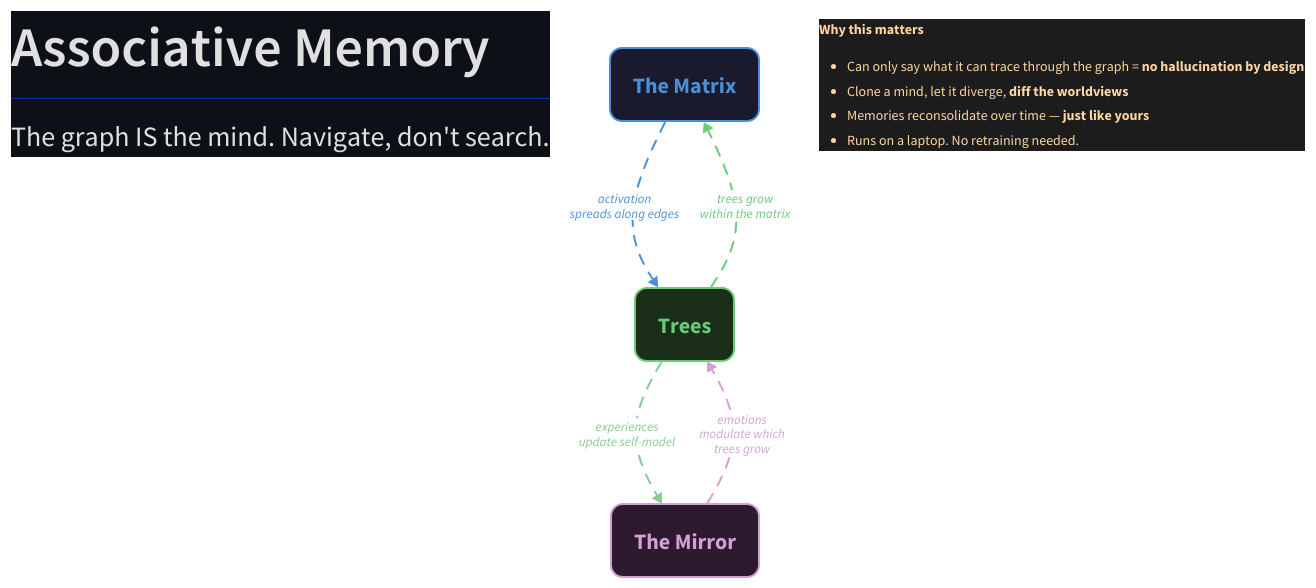
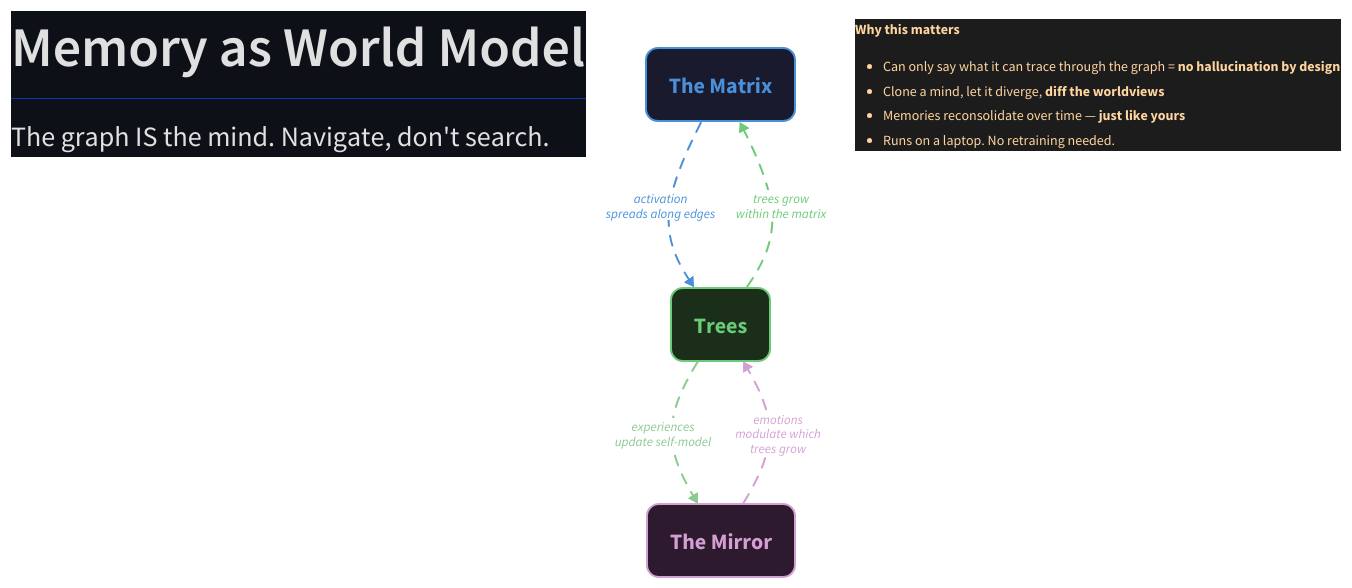
One commit to Playful-Sincerity/Memory-as-World-Model changed the diagram in diagrams/three-planes.d2. Above: the diagram before and after it, drawn with D2. The commit also changed 2 other files, not shown here.

Commit message:
diagram: rename three-planes title from "Associative Memory" to "Memory as World Model"
Regenerate SVG and PNG from the updated D2 source.

```diff
--- a/diagrams/three-planes.d2
+++ b/diagrams/three-planes.d2
@@ -1,153 +1,153 @@
 direction: down
 
 title: |md
-  # Associative Memory
+  # Memory as World Model
   The graph IS the mind. Navigate, don't search.
 | {
   style: {
     font-size: 28
     font-color: "#e0e0e0"
     fill: "#0d1117"
     stroke: "#0d1117"
   }
 }
 
 # ── THE THREE PLANES ──
 
 matrix: The Matrix {
   style: {
     fill: "#1a1a2e"
     stroke: "#4a90d9"
     font-color: "#4a90d9"
     font-size: 22
     border-radius: 12
     bold: true
   }
 
   desc: |md
     **All memories. One graph.**
     Nodes = concepts
     Edges = "these co-occur"
     Stronger links = stronger beliefs
     Mostly dark — activated on demand
   | {
     style: {
       fill: "#12122a"
       stroke: "#2a4a7a"
       font-color: "#8ab4e8"
       font-size: 14
       border-radius: 8
     }
   }
 }
 
 trees: Trees {
   style: {
     fill: "#1a2e1a"
     stroke: "#6bcb77"
     font-color: "#6bcb77"
     font-size: 22
     border-radius: 12
     bold: true
   }
 
   desc: |md
     **Thinking = growing a subgraph.**
     Each tree IS a thought
     Expands outward from "where you are"
     Multiple trees = parallel ideas
     Ephemeral — born, grow, die
   | {
     style: {
       fill: "#122a12"
       stroke: "#2a7a3a"
       font-color: "#a8e6b0"
       font-size: 14
       border-radius: 8
     }
   }
 }
 
 mirror: The Mirror {
   style: {
     fill: "#2e1a2e"
     stroke: "#d4a0d4"
     font-color: "#d4a0d4"
     font-size: 22
     border-radius: 12
     bold: true
   }
 
   desc: |md
     **The continuous "I".**
     Never dies. Always pruning.
     Holds values as gravity wells
     Produces emotions: curiosity,
     urgency, caution, care
     Makes the AI a someone
   | {
     style: {
       fill: "#2a122a"
       stroke: "#7a2a7a"
       font-color: "#e0b0e0"
       font-size: 14
       border-radius: 8
     }
   }
 }
 
 # ── CONNECTIONS ──
 
 trees -> matrix: trees grow\nwithin the matrix {
   style: {
     stroke: "#6bcb77"
     font-color: "#6bcb77"
     font-size: 13
     stroke-dash: 5
   }
 }
 
 matrix -> trees: activation\nspreads along edges {
   style: {
     stroke: "#4a90d9"
     font-color: "#4a90d9"
     font-size: 13
     stroke-dash: 5
   }
 }
 
 mirror -> trees: emotions\nmodulate which\ntrees grow {
   style: {
     stroke: "#d4a0d4"
     font-color: "#d4a0d4"
     font-size: 13
     stroke-dash: 5
   }
 }
 
 trees -> mirror: experiences\nupdate self-model {
   style: {
     stroke: "#8ac98f"
     font-color: "#8ac98f"
     font-size: 13
     stroke-dash: 5
   }
 }
 
 # ── KEY INSIGHT ──
 
 insight: |md
   **Why this matters**
   - Can only say what it can trace through the graph = **no hallucination by design**
   - Clone a mind, let it diverge, **diff the worldviews**
   - Memories reconsolidate over time — **just like yours**
   - Runs on a laptop. No retraining needed.
 | {
   style: {
     fill: "#1c1c1c"
     stroke: "#ff9f43"
     font-color: "#ffd5a0"
     font-size: 14
     border-radius: 10
   }
 }
```
